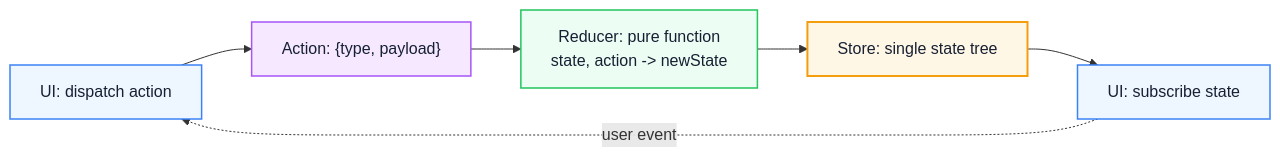
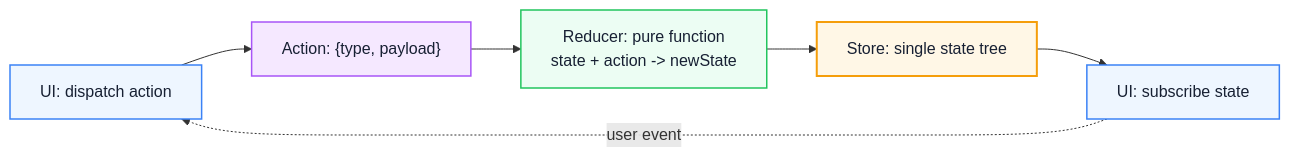
The third of 6 diagrams in docs/en/frameworks/state-management.md (Fatejian/frontier-vault), drawn with Mermaid before and after one commit. The commit also changed other lines of this file and 41 other files, not shown here.

````diff
--- a/docs/en/frameworks/state-management.md
+++ b/docs/en/frameworks/state-management.md
@@ -276,22 +304,21 @@
 ```mermaid
-%%{init: {'theme': 'base', 'themeVariables': { 'fontFamily': 'Inter, PingFang SC, Microsoft YaHei, sans-serif', 'primaryColor': '#EEF6FF', 'primaryTextColor': '#172033', 'primaryBorderColor': '#6EA8FE', 'lineColor': '#8A94A6', 'secondaryColor': '#F7F9FC', 'tertiaryColor': '#FFF7E6, 'fontSize': '13px'}}}%%
 flowchart LR
     UI["UI: dispatch action"]
     A["Action: {type, payload}"]
-    R["Reducer: pure function<br/>state, action -> newState"]
+    R["Reducer: pure function<br/>state + action -> newState"]
     S["Store: single state tree"]
     UI2["UI: subscribe state"]
 
     UI --> A --> R --> S --> UI2
     UI2 -.user event.-> UI
 
-    classDef ui fill:#EEF6FF,stroke:#3B82F6,color:#172033,stroke-width:1.5px;
-    classDef action fill:#F5E8FF,stroke:#A855F7,color:#172033,stroke-width:1.5px;
-    classDef reducer fill:#ECFDF3,stroke:#22C55E,color:#172033,stroke-width:1.5px;
-    classDef store fill:#FFF7E6,stroke:#F59E0B,color:#172033,stroke-width:2px;
+    classDef wait fill:#EEF6FF,stroke:#3B82F6,color:#172033,stroke-width:1.5px;
+    classDef metric fill:#F5E8FF,stroke:#A855F7,color:#172033,stroke-width:1.5px;
+    classDef work fill:#ECFDF3,stroke:#22C55E,color:#172033,stroke-width:1.5px;
+    classDef block fill:#FFF7E6,stroke:#F59E0B,color:#172033,stroke-width:2px;
 
-    class UI,UI2 ui;
-    class A action;
-    class R reducer;
-    class S store;
+    class UI,UI2 wait;
+    class A metric;
+    class R work;
+    class S block;
 ```
````
